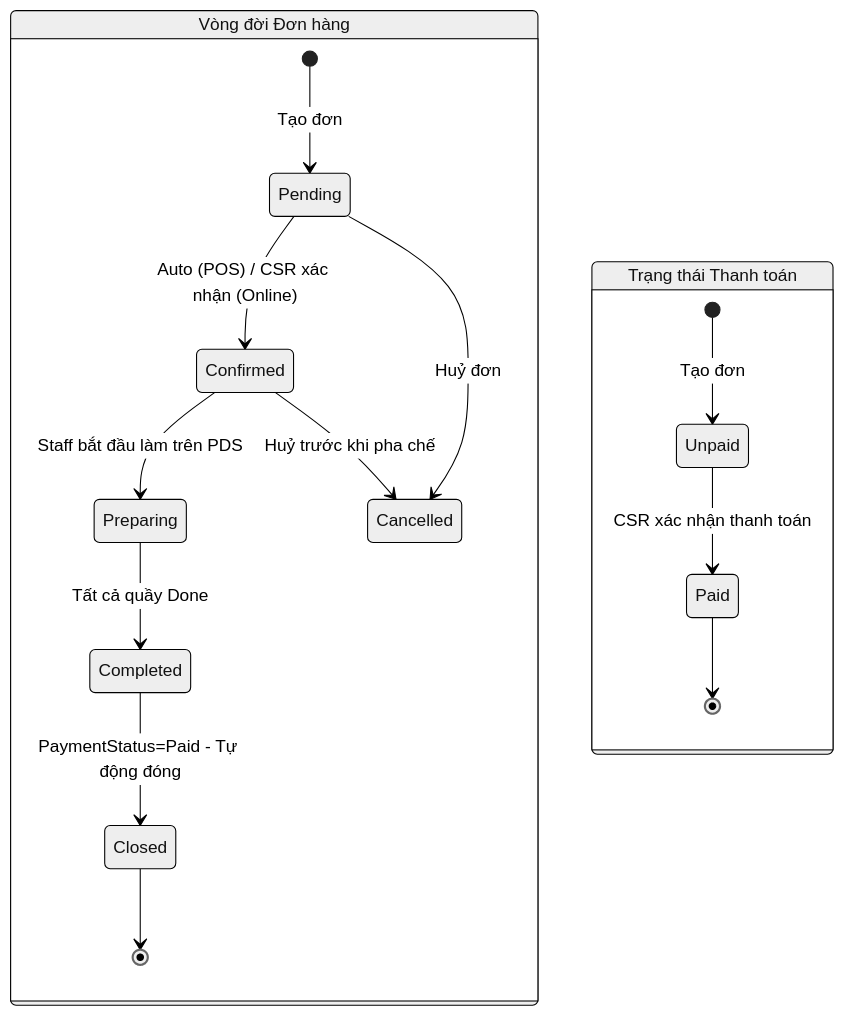
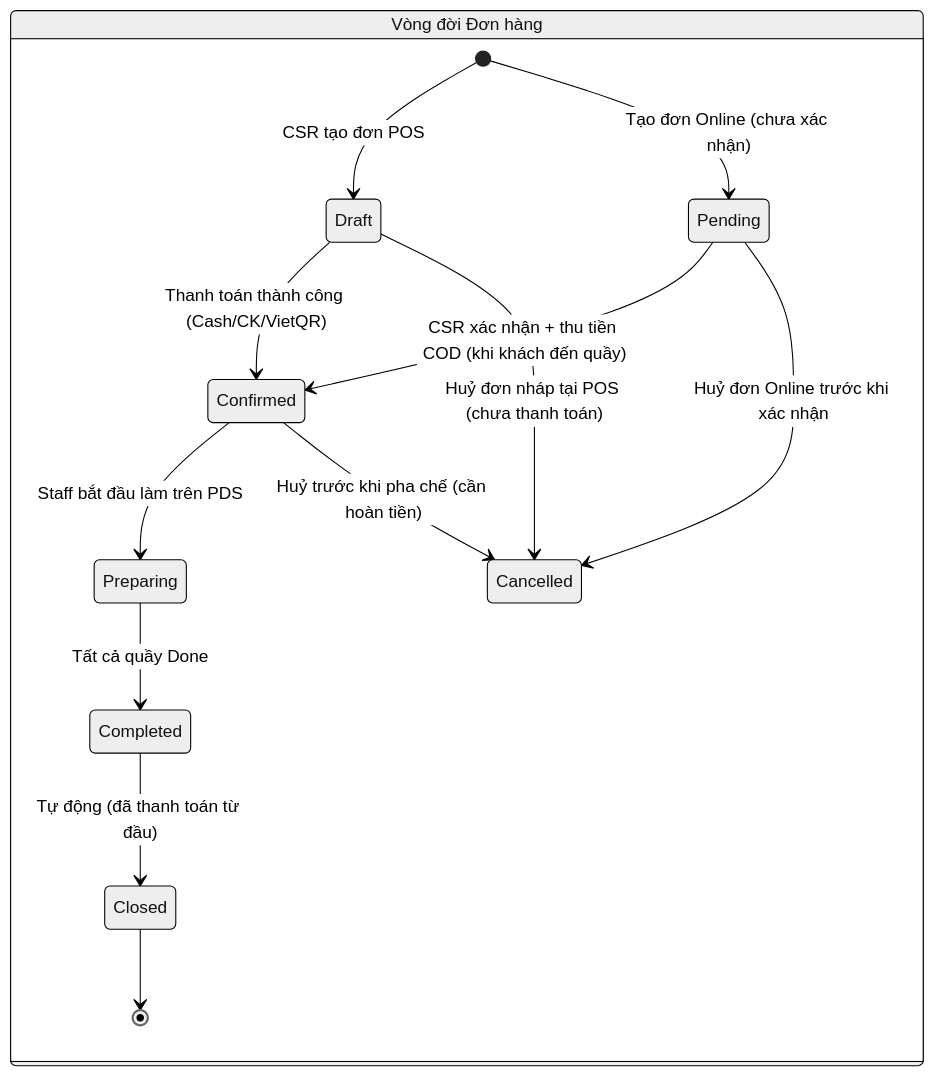
One commit to Minbeeus/CafePOS-PDS changed the fourth of 8 diagrams in docs/specifications/CafePOS_SRS.md. Above: the diagram before and after it, drawn with Mermaid (neutral theme). The commit also changed other lines of this file and 219 other files, not shown here.

````diff
--- a/docs/specifications/CafePOS_SRS.md
+++ b/docs/specifications/CafePOS_SRS.md
@@ -412,19 +501,16 @@
 ```mermaid
 stateDiagram-v2
     state "Vòng đời Đơn hàng" as OrderStatus {
-        [*] --> Pending : Tạo đơn
-        Pending --> Confirmed : Auto (POS) / CSR xác nhận (Online)
+        [*] --> Draft : CSR tạo đơn POS
+        [*] --> Pending : Tạo đơn Online (chưa xác nhận)
+        Draft --> Confirmed : Thanh toán thành công (Cash/CK/VietQR)
+        Pending --> Confirmed : CSR xác nhận + thu tiền COD (khi khách đến quầy)
         Confirmed --> Preparing : Staff bắt đầu làm trên PDS
         Preparing --> Completed : Tất cả quầy Done
-        Completed --> Closed : PaymentStatus=Paid - Tự động đóng
+        Completed --> Closed : Tự động (đã thanh toán từ đầu)
         Closed --> [*]
-        Pending --> Cancelled : Huỷ đơn
-        Confirmed --> Cancelled : Huỷ trước khi pha chế
-    }
-
-    state "Trạng thái Thanh toán" as PaymentStatus {
-        [*] --> Unpaid : Tạo đơn
-        Unpaid --> Paid : CSR xác nhận thanh toán
-        Paid --> [*]
+        Pending --> Cancelled : Huỷ đơn Online trước khi xác nhận
+        Draft --> Cancelled : Huỷ đơn nháp tại POS (chưa thanh toán)
+        Confirmed --> Cancelled : Huỷ trước khi pha chế (cần hoàn tiền)
     }
 ```
````
